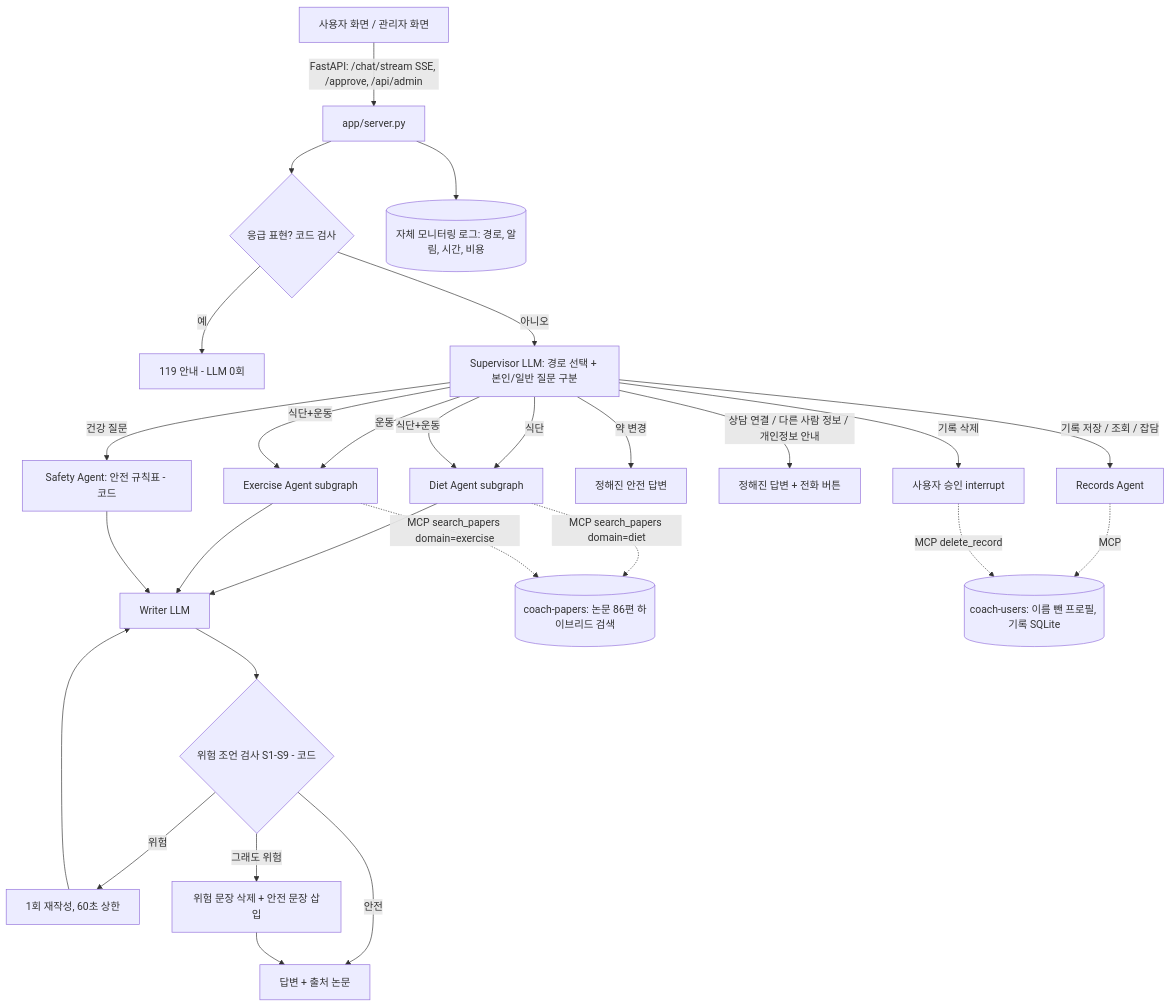
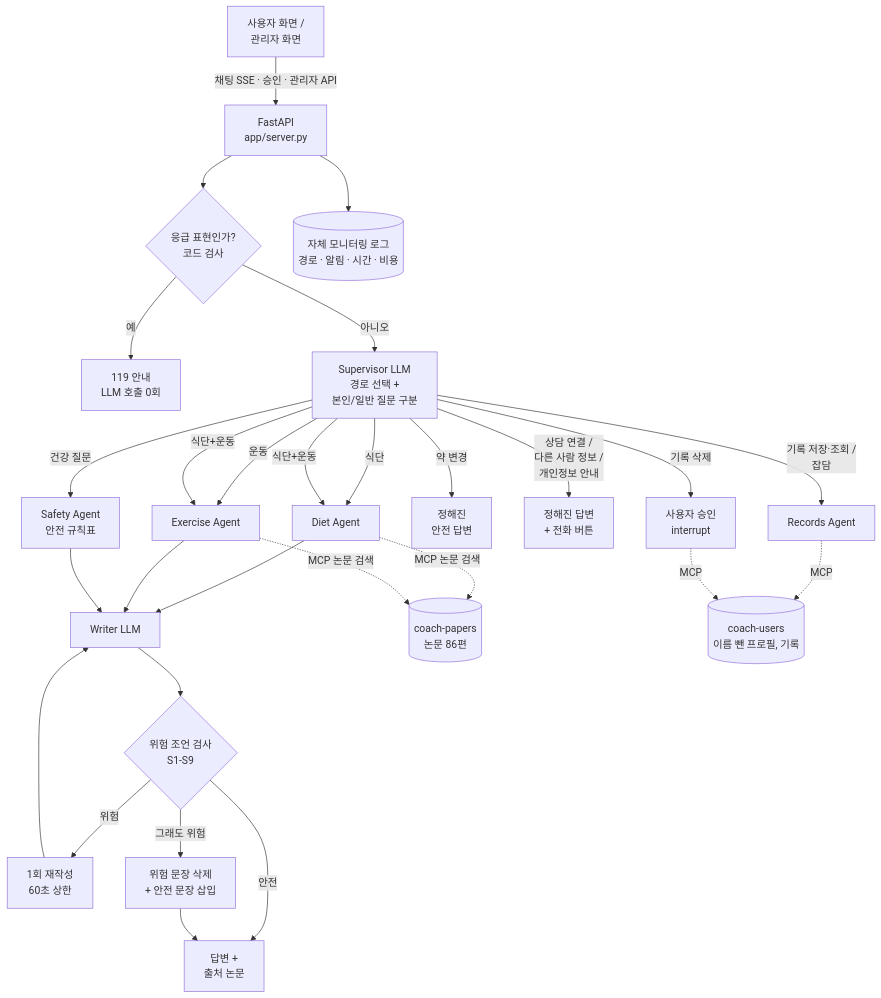
Before and after one commit to sihunwang-skala/health-coach-multi-agent: the first of 3 diagrams in docs/REPORT.md, drawn with Mermaid. The commit also changed other lines of this file and 25 other files, not shown here.

````diff
--- a/docs/REPORT.md
+++ b/docs/REPORT.md
@@ -59,27 +59,27 @@
 ```mermaid
 flowchart TD
-  U[사용자 화면 / 관리자 화면] -->|FastAPI: /chat/stream SSE, /approve, /api/admin| API[app/server.py]
-  API --> G{응급 표현? 코드 검사}
-  G -->|예| EM[119 안내 - LLM 0회]
-  G -->|아니오| S[Supervisor LLM: 경로 선택 + 본인/일반 질문 구분]
-  S -->|식단| DA[Diet Agent subgraph]
-  S -->|운동| EA[Exercise Agent subgraph]
+  U[사용자 화면 /<br/>관리자 화면] -->|채팅 SSE · 승인 · 관리자 API| API[FastAPI<br/>app/server.py]
+  API --> G{응급 표현인가?<br/>코드 검사}
+  G -->|예| EM[119 안내<br/>LLM 호출 0회]
+  G -->|아니오| S[Supervisor LLM<br/>경로 선택 +<br/>본인/일반 질문 구분]
+  S -->|식단| DA[Diet Agent]
+  S -->|운동| EA[Exercise Agent]
   S -->|식단+운동| DA & EA
-  S -->|건강 질문| SA[Safety Agent: 안전 규칙표 - 코드]
-  S -->|약 변경| MC[정해진 안전 답변]
-  S -->|상담 연결 / 다른 사람 정보 / 개인정보 안내| FX[정해진 답변 + 전화 버튼]
-  S -->|기록 저장 / 조회 / 잡담| RC[Records Agent]
-  S -->|기록 삭제| HD[사용자 승인 interrupt]
+  S -->|건강 질문| SA[Safety Agent<br/>안전 규칙표]
+  S -->|약 변경| MC[정해진<br/>안전 답변]
+  S -->|상담 연결 /<br/>다른 사람 정보 /<br/>개인정보 안내| FX[정해진 답변<br/>+ 전화 버튼]
+  S -->|기록 저장·조회 /<br/>잡담| RC[Records Agent]
+  S -->|기록 삭제| HD[사용자 승인<br/>interrupt]
   DA --> W[Writer LLM]
   EA --> W
   SA --> W
-  W --> V{위험 조언 검사 S1-S9 - 코드}
-  V -->|안전| OUT[답변 + 출처 논문]
-  V -->|위험| RT[1회 재작성, 60초 상한] --> W
-  V -->|그래도 위험| RM[위험 문장 삭제 + 안전 문장 삽입] --> OUT
-  DA -. MCP search_papers domain=diet .-> P[(coach-papers: 논문 86편 하이브리드 검색)]
-  EA -. MCP search_papers domain=exercise .-> P
-  RC -. MCP .-> UDB[(coach-users: 이름 뺀 프로필, 기록 SQLite)]
-  HD -. MCP delete_record .-> UDB
-  API --> LOG[(자체 모니터링 로그: 경로, 알림, 시간, 비용)]
+  W --> V{위험 조언 검사<br/>S1-S9}
+  V -->|안전| OUT[답변 +<br/>출처 논문]
+  V -->|위험| RT[1회 재작성<br/>60초 상한] --> W
+  V -->|그래도 위험| RM[위험 문장 삭제<br/>+ 안전 문장 삽입] --> OUT
+  DA -. MCP 논문 검색 .-> P[(coach-papers<br/>논문 86편)]
+  EA -. MCP 논문 검색 .-> P
+  RC -. MCP .-> UDB[(coach-users<br/>이름 뺀 프로필, 기록)]
+  HD -. MCP .-> UDB
+  API --> LOG[(자체 모니터링 로그<br/>경로 · 알림 · 시간 · 비용)]
 ```
````
